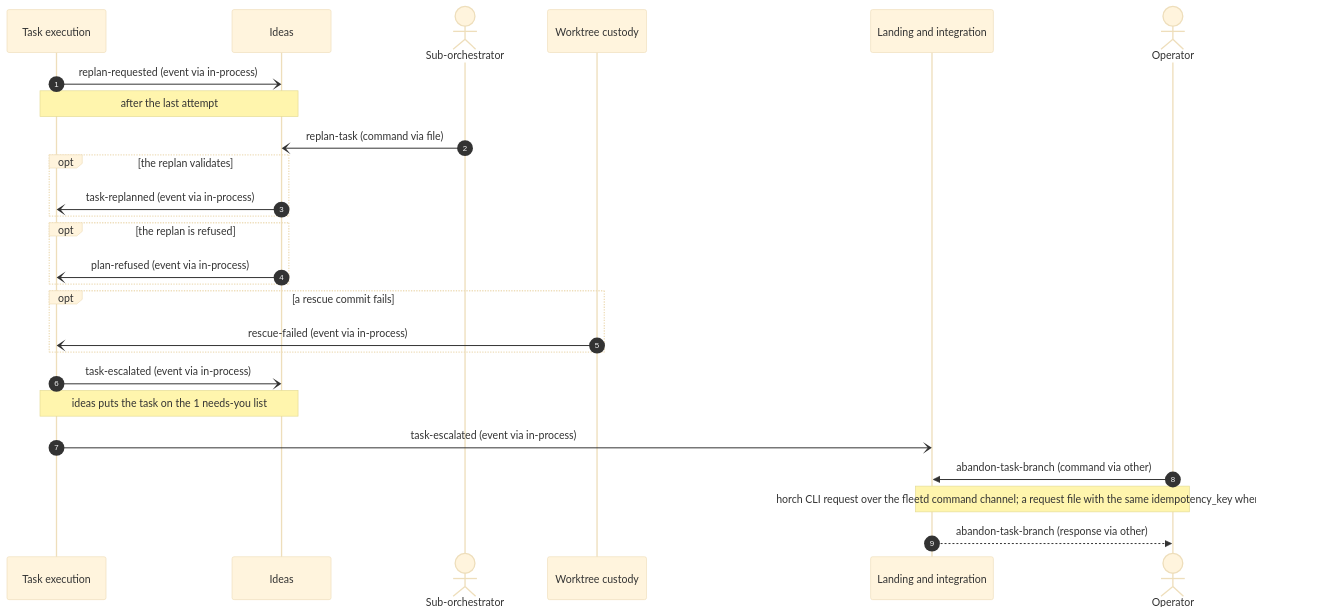
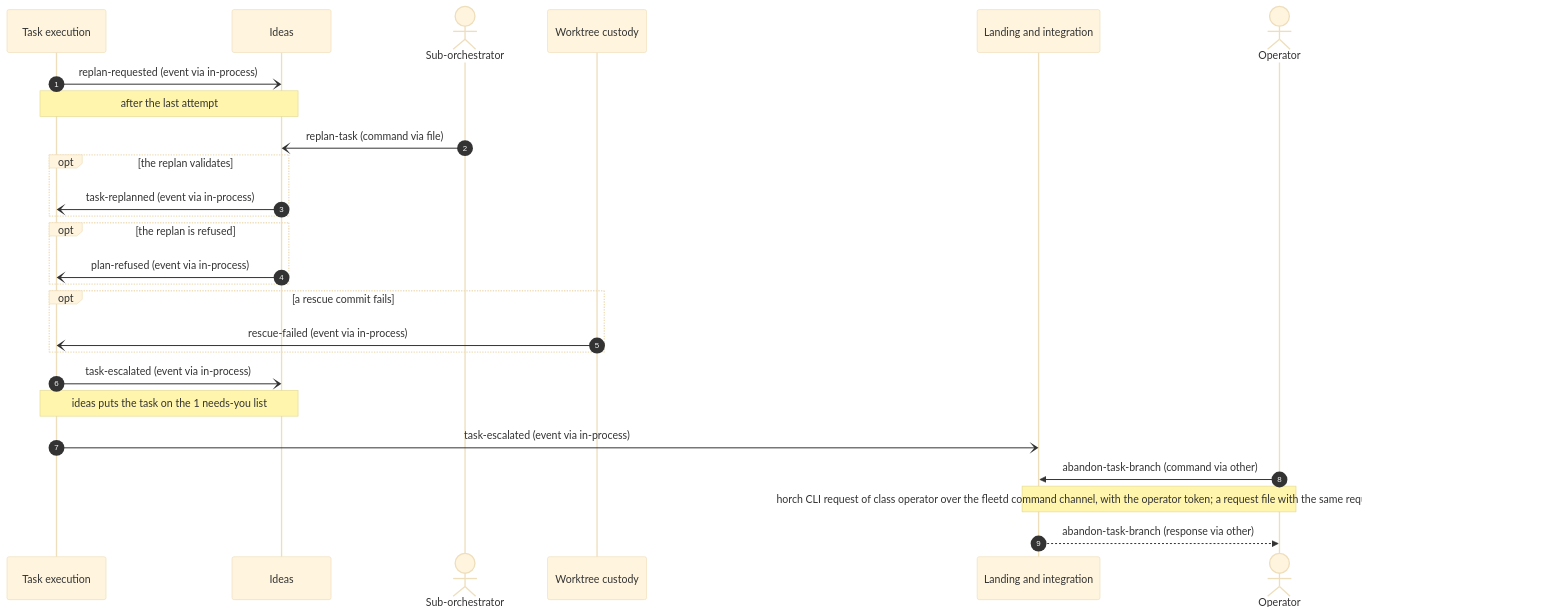
The sixth of 14 diagrams in ddd/05-connect/message-flows.md (MattMakes/multi-herdr), drawn with Mermaid (base theme) before and after one commit. The commit also changed other lines of this file and 19 other files, not shown here.

````diff
--- a/ddd/05-connect/message-flows.md
+++ b/ddd/05-connect/message-flows.md
@@ -242,28 +242,28 @@
 ```mermaid
 sequenceDiagram
   autonumber
   participant task_execution as Task execution
   participant ideas as Ideas
   actor sub_orchestrator as Sub-orchestrator
   participant worktree_custody as Worktree custody
   participant integration as Landing and integration
   actor operator as Operator
   task_execution-)ideas: replan-requested (event via in-process)
   Note over task_execution,ideas: after the last attempt
   sub_orchestrator-)ideas: replan-task (command via file)
   opt the replan validates
     ideas-)task_execution: task-replanned (event via in-process)
   end
   opt the replan is refused
     ideas-)task_execution: plan-refused (event via in-process)
   end
   opt a rescue commit fails
     worktree_custody-)task_execution: rescue-failed (event via in-process)
   end
   task_execution-)ideas: task-escalated (event via in-process)
   Note over task_execution,ideas: ideas puts the task on the 1 needs-you list
   task_execution-)integration: task-escalated (event via in-process)
   operator->>integration: abandon-task-branch (command via other)
-  Note over operator,integration: horch CLI request over the fleetd command channel#59; a request file with the same idempotency_key when fleetd is down
+  Note over operator,integration: horch CLI request of class operator over the fleetd command channel, with the operator token#59; a request file with the same request_id when fleetd is down (A24, A35)
   integration-->>operator: abandon-task-branch (response via other)
 ```
````
